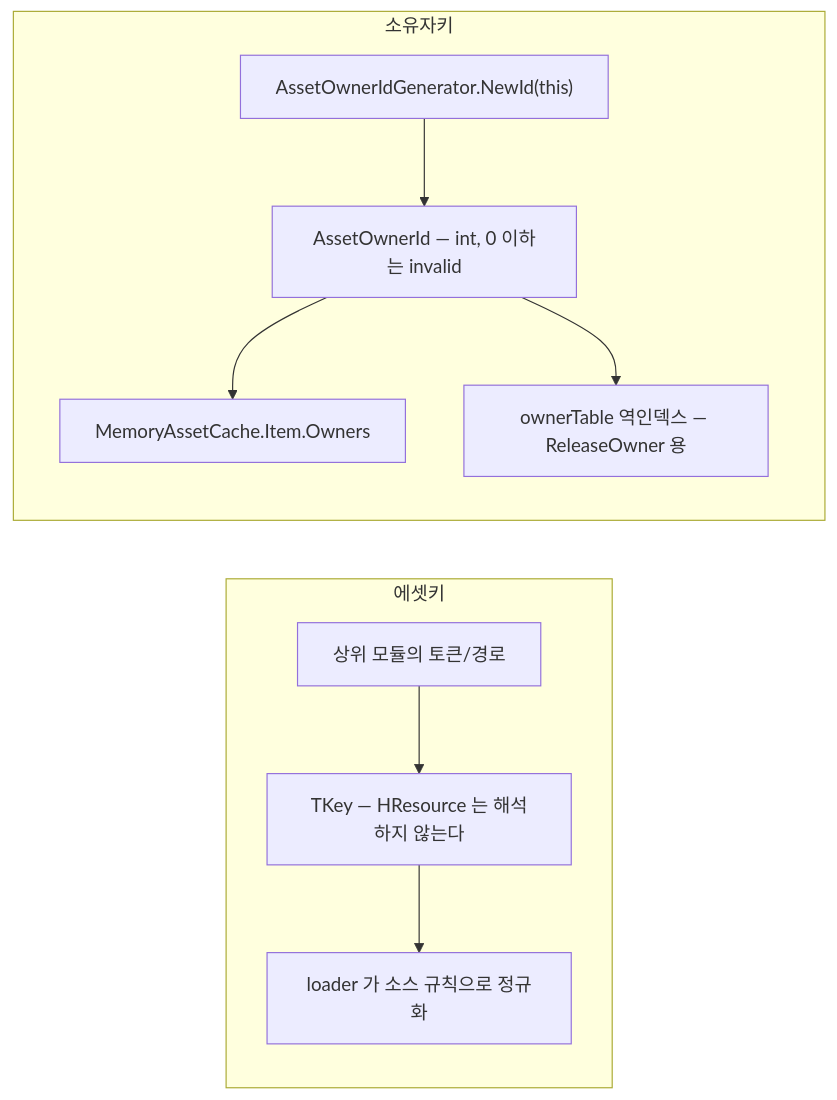
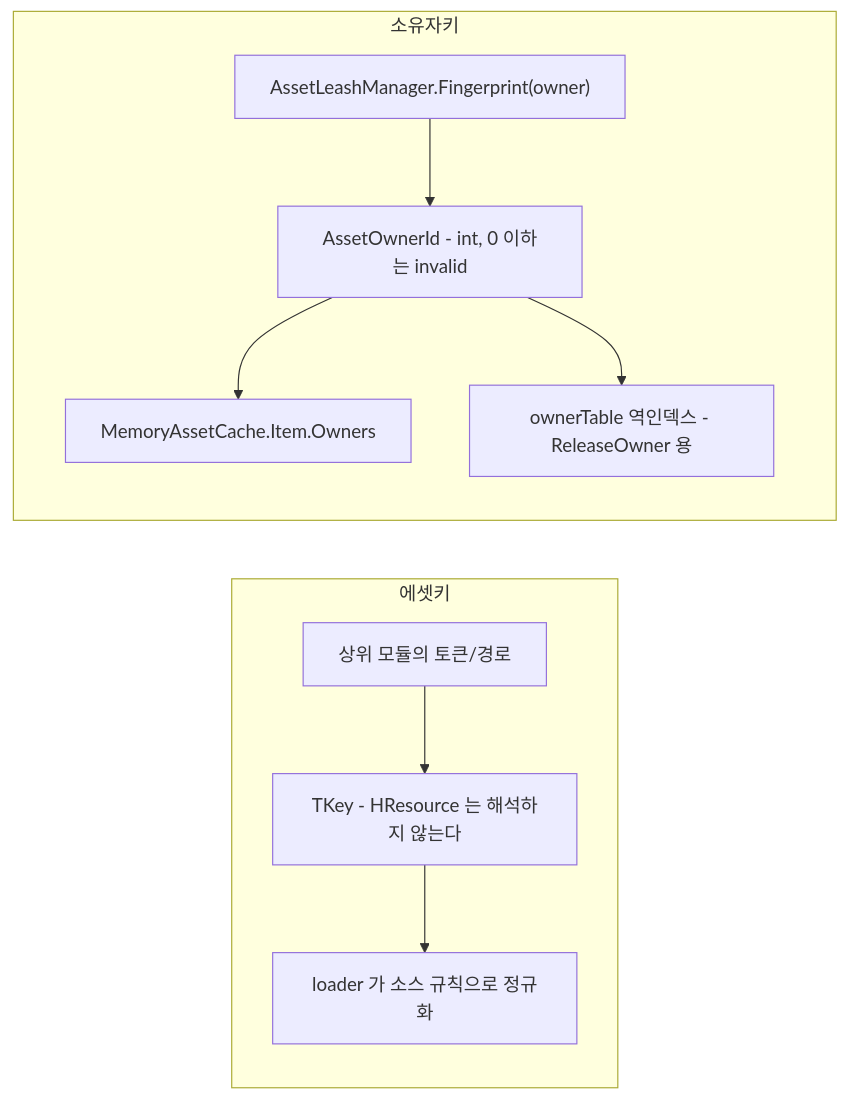
One commit to HoHong123/HCUP-Unity changed the third of 3 diagrams in HResource/Runtime/README.md. Above: the diagram before and after it, drawn with Mermaid. The commit also changed other lines of this file, not shown here.

Commit message:
[Docs] 📝 07.09.26 update HResource/Runtime/README.md documentation

````diff
--- a/HResource/Runtime/README.md
+++ b/HResource/Runtime/README.md
@@ -200,12 +200,12 @@
 ```mermaid
 flowchart LR
     subgraph 에셋키
-    K1["상위 모듈의 토큰/경로"] --> K2["TKey — HResource 는 해석하지 않는다"]
+    K1["상위 모듈의 토큰/경로"] --> K2["TKey - HResource 는 해석하지 않는다"]
     K2 --> K3["loader 가 소스 규칙으로 정규화"]
     end
     subgraph 소유자키
-    O1["AssetOwnerIdGenerator.NewId(this)"] --> O2["AssetOwnerId — int, 0 이하는 invalid"]
+    O1["AssetLeashManager.Fingerprint(owner)"] --> O2["AssetOwnerId - int, 0 이하는 invalid"]
     O2 --> O3["MemoryAssetCache.Item.Owners"]
-    O2 --> O4["ownerTable 역인덱스 — ReleaseOwner 용"]
+    O2 --> O4["ownerTable 역인덱스 - ReleaseOwner 용"]
     end
 ```
````
